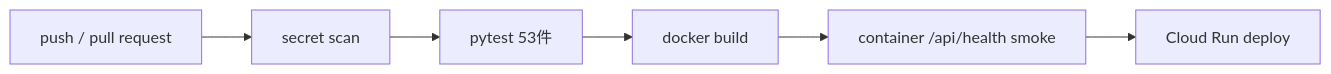
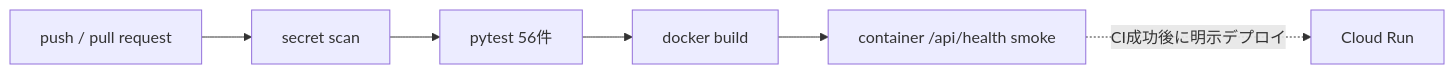
The second of 2 diagrams in docs/protopedia_replacement.md (souzoku-lab/souzoku-shield), drawn with Mermaid before and after one commit. The commit also changed other lines of this file and 11 other files, not shown here.

````diff
--- a/docs/protopedia_replacement.md
+++ b/docs/protopedia_replacement.md
@@ -38,8 +38,8 @@
 ```mermaid
 flowchart LR
     P[push / pull request] --> S[secret scan]
-    S --> T[pytest 53件]
+    S --> T[pytest 56件]
     T --> B[docker build]
     B --> H[container /api/health smoke]
-    H --> C[Cloud Run deploy]
+    H -. CI成功後に明示デプロイ .-> C[Cloud Run]
 ```
````
